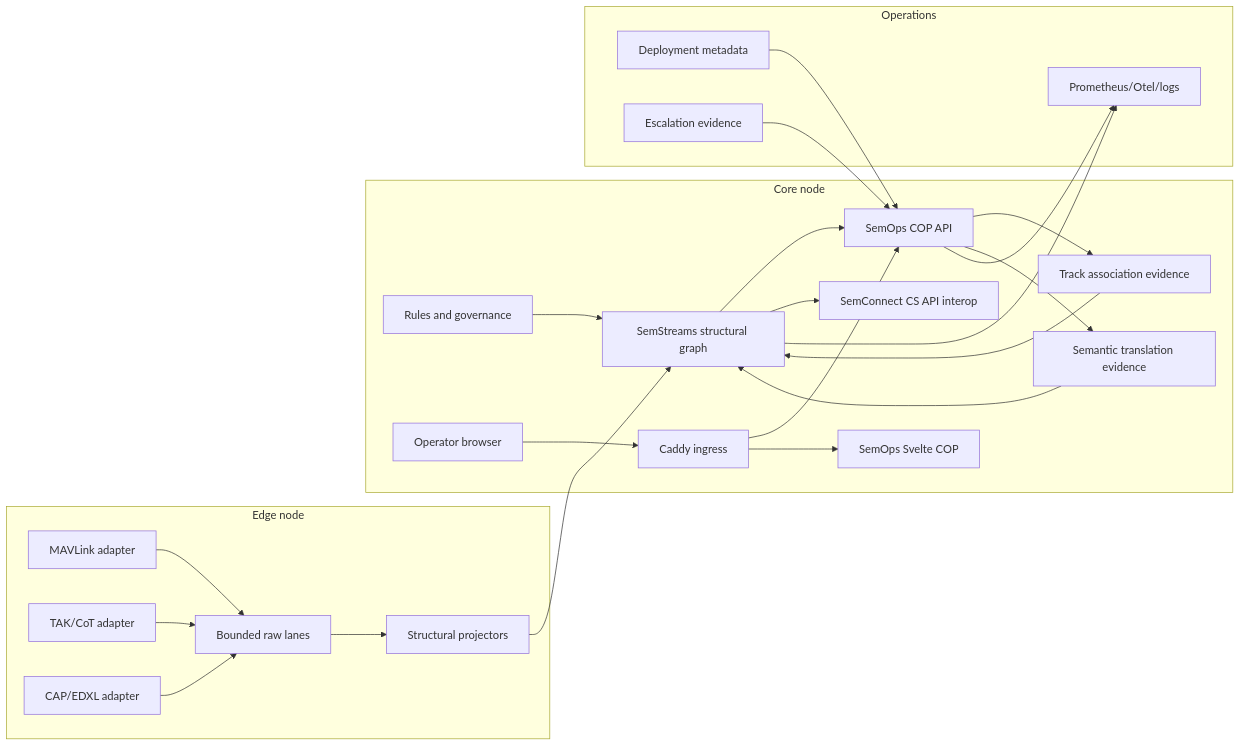
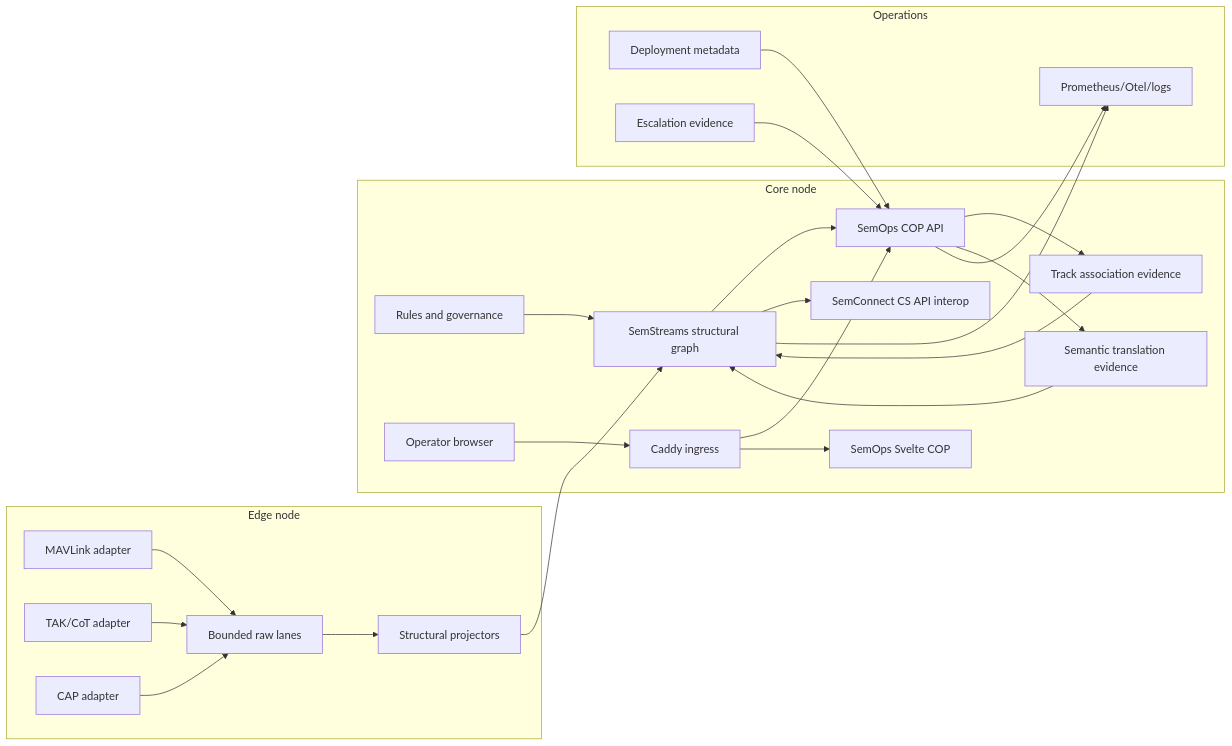
Before and after one commit to C360Studio/semops: the diagram in docs/cop-demo-revival-architecture.md, drawn with Mermaid. The commit also changed other lines of this file and 9 other files, not shown here.

````diff
--- a/docs/cop-demo-revival-architecture.md
+++ b/docs/cop-demo-revival-architecture.md
@@ -334,48 +334,48 @@
 ```mermaid
 flowchart LR
     subgraph Edge["Edge node"]
         MAV["MAVLink adapter"]
         COT["TAK/CoT adapter"]
-        CAP["CAP/EDXL adapter"]
+        CAP["CAP adapter"]
         RAW["Bounded raw lanes"]
         PROJ["Structural projectors"]
     end
 
     subgraph Core["Core node"]
         SS["SemStreams structural graph"]
         RULES["Rules and governance"]
         ASSOC["Track association evidence"]
         SEM["Semantic translation evidence"]
         API["SemOps COP API"]
         INGRESS["Caddy ingress"]
         UI["SemOps Svelte COP"]
         BROWSER["Operator browser"]
         CS["SemConnect CS API interop"]
     end
 
     subgraph Ops["Operations"]
         MAN["Deployment metadata"]
         POL["Escalation evidence"]
         OBS["Prometheus/Otel/logs"]
     end
 
     MAV --> RAW
     COT --> RAW
     CAP --> RAW
     RAW --> PROJ
     PROJ --> SS
     RULES --> SS
     SS --> API
     BROWSER --> INGRESS
     INGRESS --> API
     INGRESS --> UI
     SS --> CS
     MAN --> API
     POL --> API
     API --> ASSOC
     API --> SEM
     ASSOC --> SS
     SEM --> SS
     SS --> OBS
     API --> OBS
 ```
````
